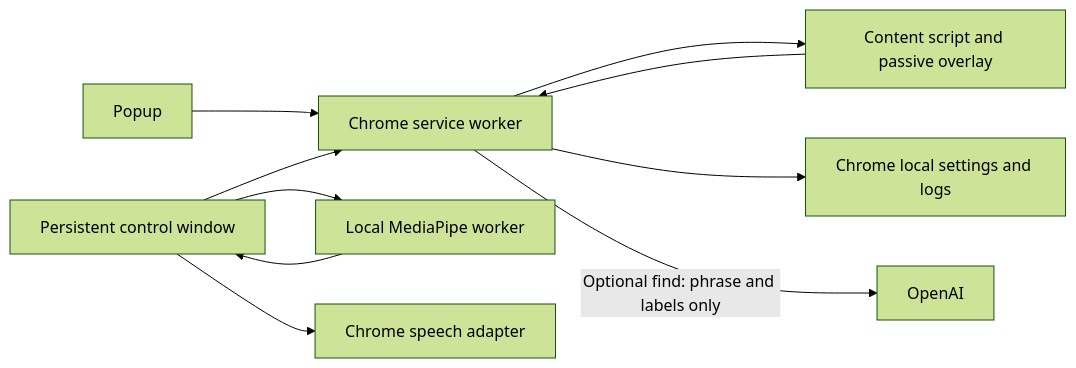
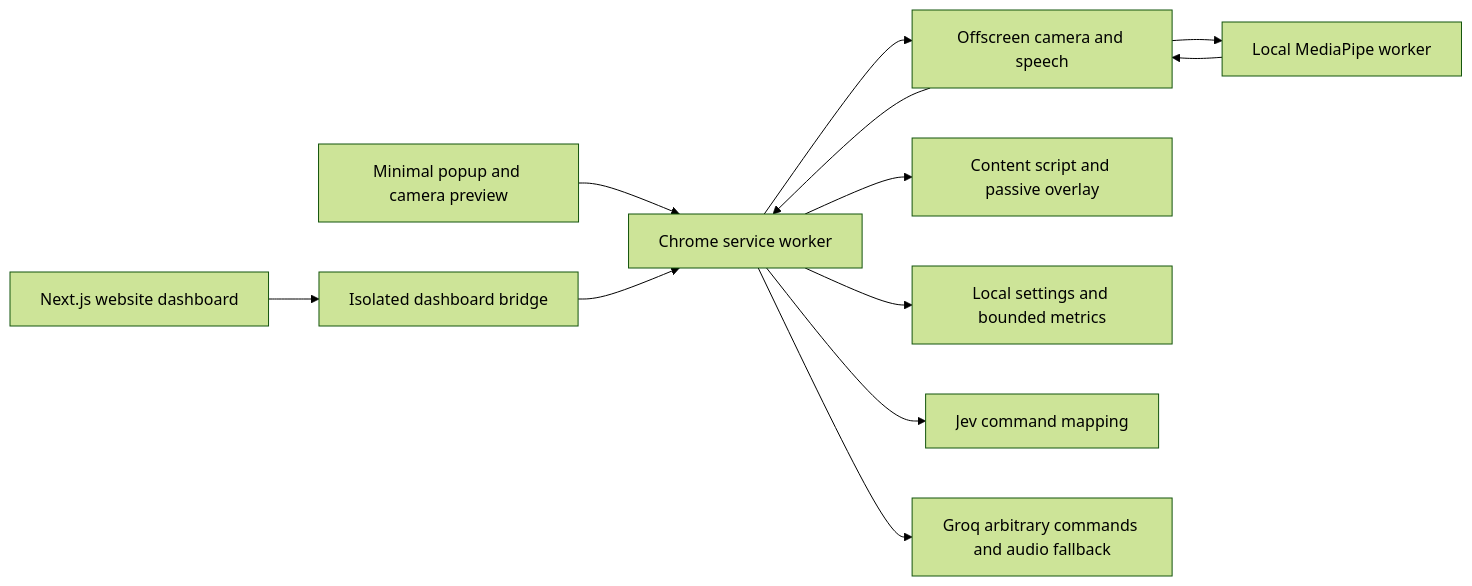
The diagram in docs/architecture.md (romeirofernandes/TeamLoondry_college_round), drawn with Mermaid (forest theme) before and after one commit. The commit also changed other lines of this file and 63 other files, not shown here.

````diff
--- a/docs/architecture.md
+++ b/docs/architecture.md
@@ -5,12 +5,14 @@
 ```mermaid
 flowchart LR
-    Popup[Popup] --> Background[Chrome service worker]
-    Controls[Persistent control window] --> Tracking[Local MediaPipe worker]
-    Tracking --> Controls
-    Controls --> Speech[Chrome speech adapter]
-    Controls --> Background
+    Popup[Minimal popup and camera preview] --> Background[Chrome service worker]
+    Dashboard[Next.js website dashboard] --> Bridge[Isolated dashboard bridge]
+    Bridge --> Background
+    Background --> Capture[Offscreen camera and speech]
+    Capture --> Tracking[Local MediaPipe worker]
+    Tracking --> Capture
+    Capture --> Background
     Background --> Page[Content script and passive overlay]
-    Page --> Background
-    Background --> Storage[Chrome local settings and logs]
-    Background -->|Optional find: phrase and labels only| Provider[OpenAI]
+    Background --> Storage[Local settings and bounded metrics]
+    Background --> Jev[Jev command mapping]
+    Background --> Groq[Groq arbitrary commands and audio fallback]
 ```
````
